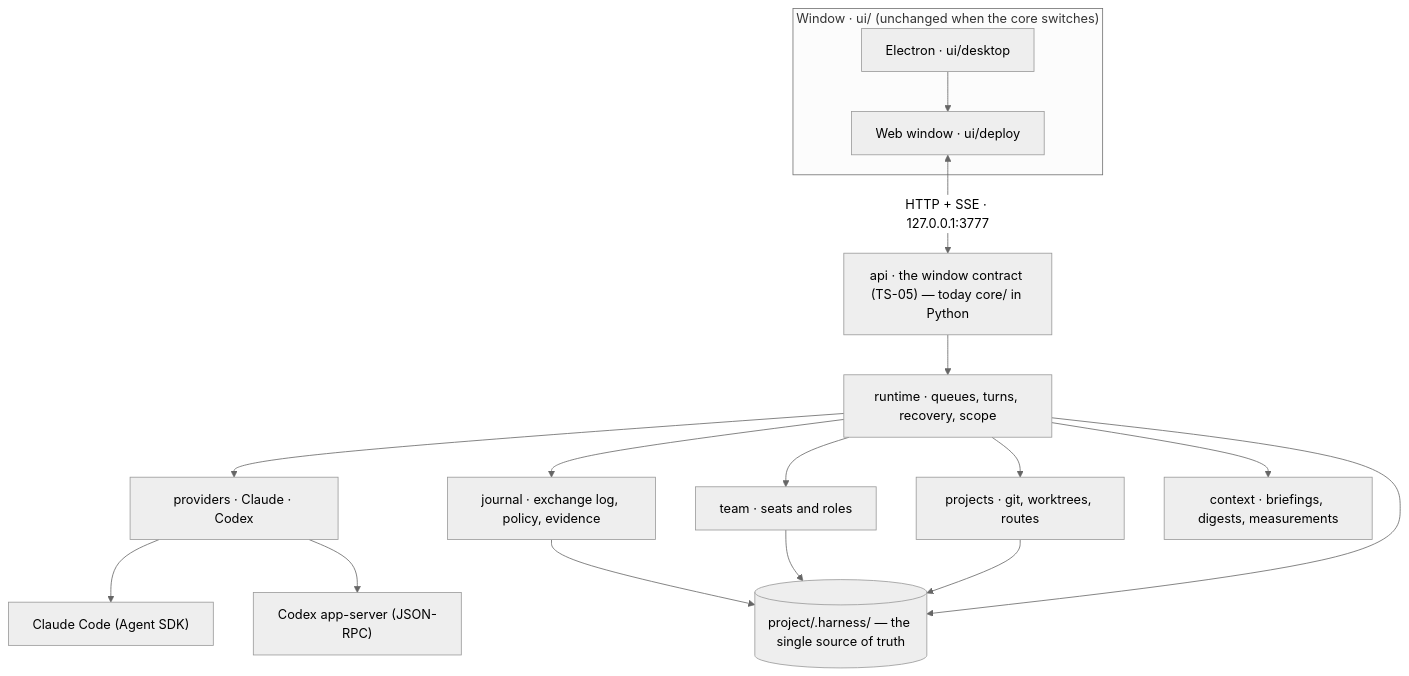
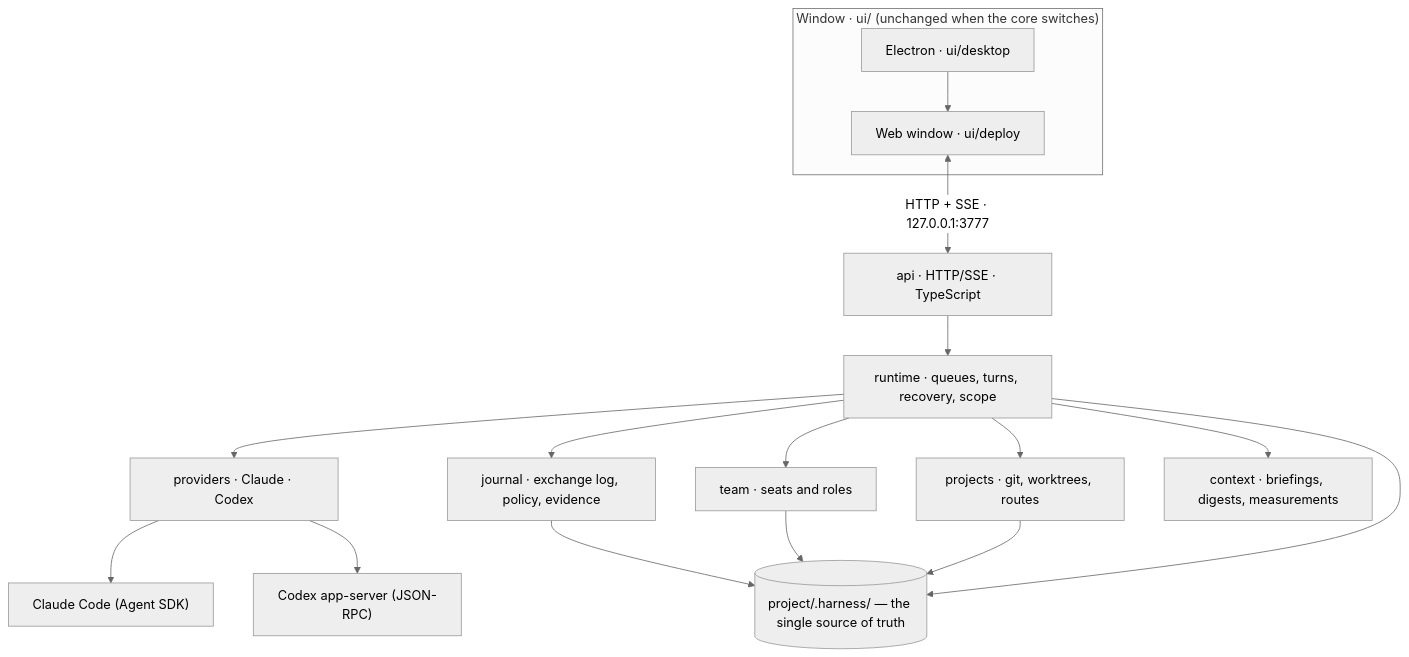
Before and after one commit to sergekostenchuk/harnessy: the first of 3 diagrams in README.md, drawn with Mermaid (neutral theme). The commit also changed other lines of this file and 73 other files, not shown here.

Commit message:
chore: remove Python core (kept in history, tag mvp-python)

````diff
--- a/README.md
+++ b/README.md
@@ -13,16 +14,16 @@
 ```mermaid
 flowchart TB
   subgraph UI["Window · ui/ (unchanged when the core switches)"]
     E["Electron · ui/desktop"] --> W["Web window · ui/deploy"]
   end
-  W <-->|"HTTP + SSE · 127.0.0.1:3777"| API["api · the window contract (TS-05) — today core/ in Python"]
+  W <-->|"HTTP + SSE · 127.0.0.1:3777"| API["api · HTTP/SSE · TypeScript"]
   API --> RT["runtime · queues, turns, recovery, scope"]
   RT --> PV["providers · Claude · Codex"]
   RT --> J["journal · exchange log, policy, evidence"]
   RT --> T["team · seats and roles"]
   RT --> PJ["projects · git, worktrees, routes"]
   RT --> CX["context · briefings, digests, measurements"]
   J & T & PJ & RT --> F[("project/.harness/ — the single source of truth")]
   PV --> CL["Claude Code (Agent SDK)"]
   PV --> CO["Codex app-server (JSON-RPC)"]
 ```
````
